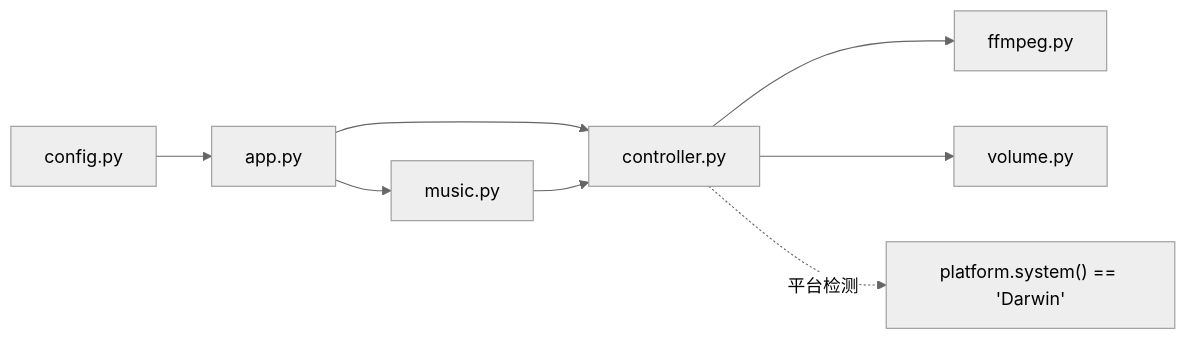
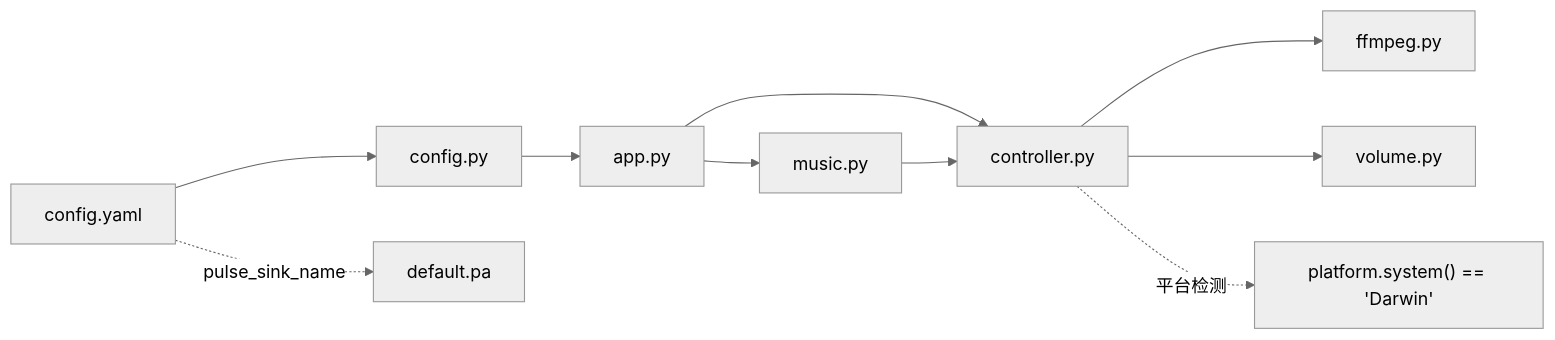
One commit to GhoulOwl/Teamspeak3_Bot changed the eighth of 8 diagrams in .qoder/repowiki/zh/content/音乐播放系统/音频控制器.md. Above: the diagram before and after it, drawn with Mermaid (neutral theme). The commit also changed other lines of this file and 8 other files, not shown here.

````diff
--- a/.qoder/repowiki/zh/content/音乐播放系统/音频控制器.md
+++ b/.qoder/repowiki/zh/content/音乐播放系统/音频控制器.md
@@ -371,10 +399,12 @@
 ```mermaid
 graph LR
 CFG["config.py"] --> APP["app.py"]
+YAML["config.yaml"] --> CFG
 APP --> AC["controller.py"]
 AC --> FFM["ffmpeg.py"]
 AC --> VOL["volume.py"]
 APP --> CMD["music.py"]
 CMD --> AC
 AC -.->|"平台检测"| PLATFORM["platform.system() == 'Darwin'"]
+YAML -.->|"pulse_sink_name"| PA["default.pa"]
 ```
````
